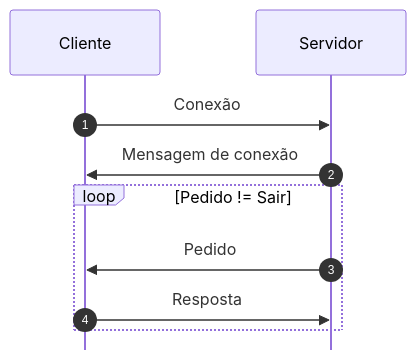
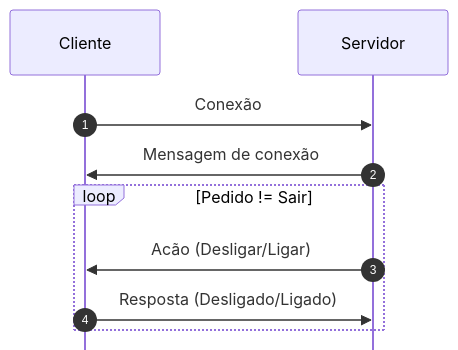
The first of 2 diagrams in readme.md (luizakuze/sockets-std), drawn with Mermaid before and after one commit. The commit also changed other lines of this file, not shown here.

````diff
--- a/readme.md
+++ b/readme.md
@@ -5,18 +5,19 @@
 ```mermaid
 ---
 config:
     sequence:
+
     mirrorActors: false
 ---
 sequenceDiagram
 autonumber
     participant C as Cliente
     participant S as Servidor
 
     C ->> S: Conexão
     S ->> C: Mensagem de conexão
     loop Pedido != Sair
-        S ->> C: Pedido
-        C ->> S: Resposta
+        S ->> C: Acão (Desligar/Ligar)
+        C ->> S: Resposta (Desligado/Ligado)
     end
 ```
````
